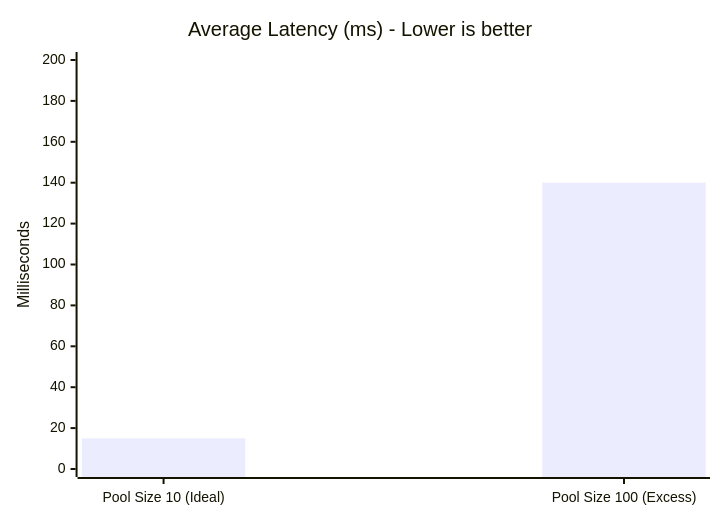
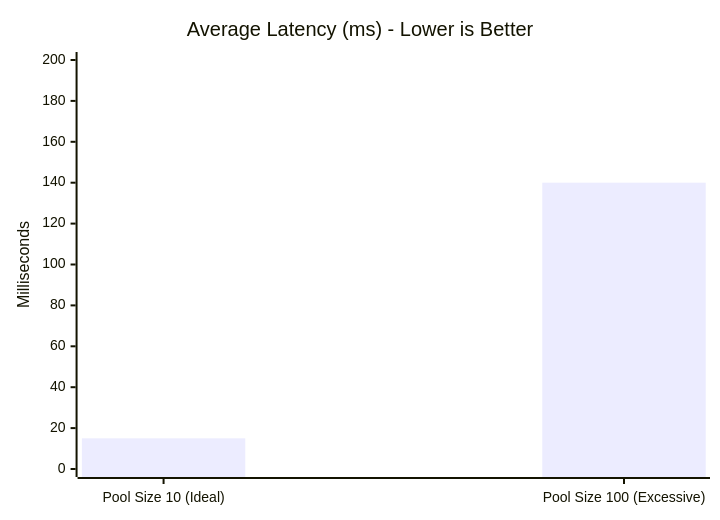
Before and after one commit to cendyandreoli/posts: the sixth of 6 diagrams in posts/pare-de-aumentar-o-pool-de-conexoes.md, drawn with Mermaid. The commit also changed other lines of this file, not shown here.

Commit message:
Update post: Pare de Aumentar o Pool de Conexões

````diff
--- a/posts/pare-de-aumentar-o-pool-de-conexoes.md
+++ b/posts/pare-de-aumentar-o-pool-de-conexoes.md
@@ -335,7 +339,7 @@
 ```mermaid
 xychart-beta
-    title "Average Latency (ms) - Lower is better"
-    x-axis ["Pool Size 10 (Ideal)", "Pool Size 100 (Excess)"]
+    title "Average Latency (ms) - Lower is Better"
+    x-axis ["Pool Size 10 (Ideal)", "Pool Size 100 (Excessive)"]
     y-axis "Milliseconds" 0 --> 200
     bar [15, 140]
 ```
````
